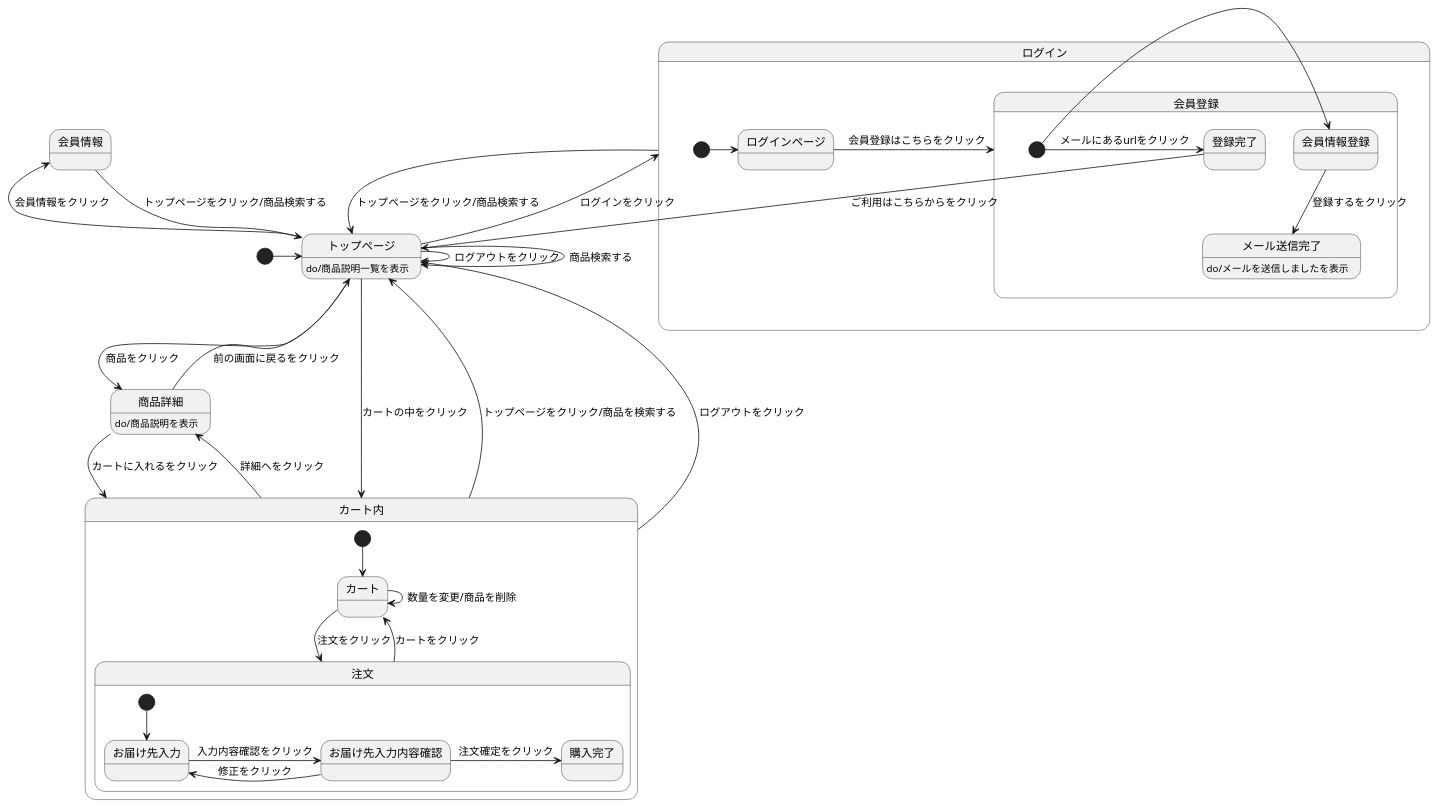
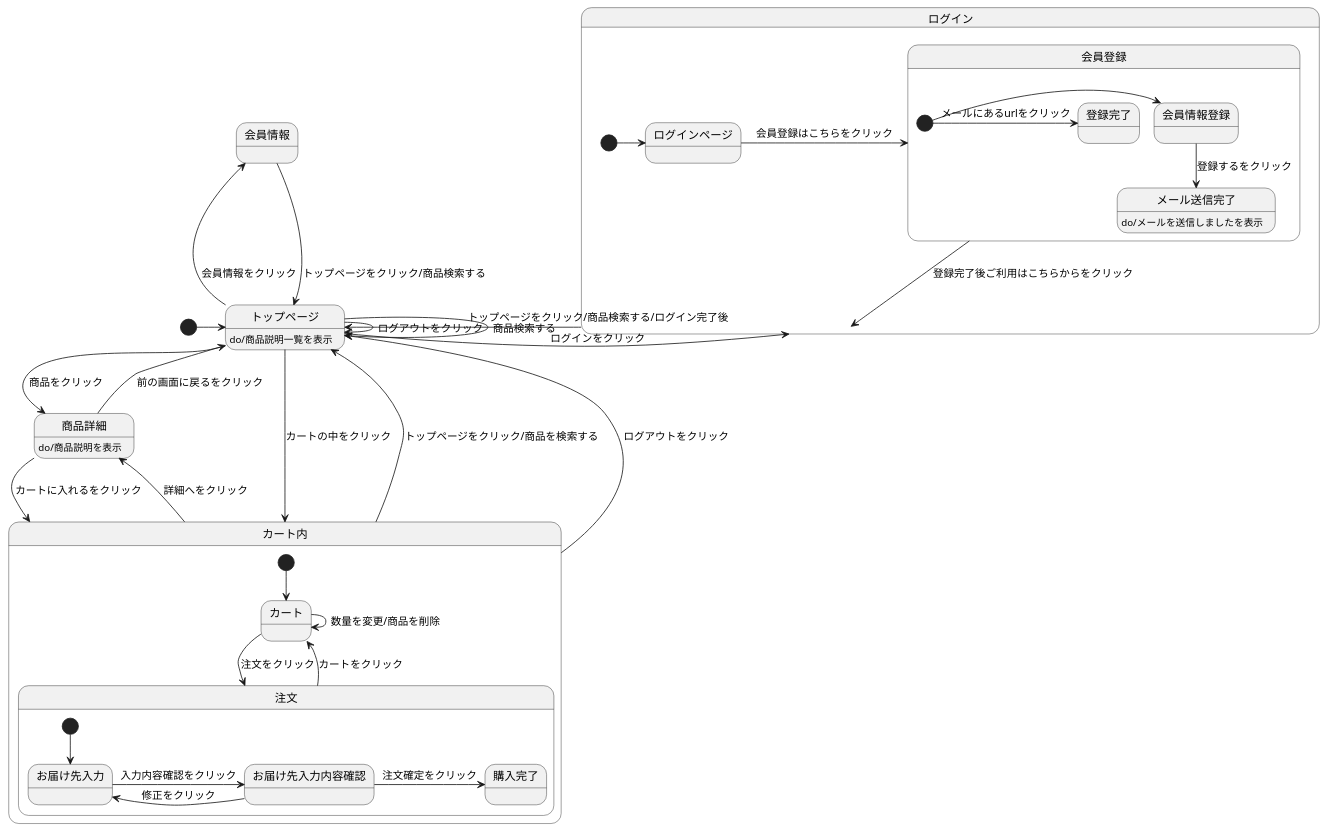
The diagram in original-stm01.md (Aso2001026/2021sys-design), drawn with PlantUML before and after one commit.

````diff
--- a/original-stm01.md
+++ b/original-stm01.md
@@ -2,48 +2,48 @@
 ```uml
 @startuml
 
 [*] -> トップページ
 会員情報 --> トップページ : トップページをクリック/商品検索する
 トップページ -> トップページ : ログアウトをクリック
 トップページ -> トップページ : 商品検索する
 トップページ -> 商品詳細 : 商品をクリック
 トップページ -left-> 会員情報 : 会員情報をクリック
 トップページ -left-> ログイン : ログインをクリック
 トップページ --> カート内 : カートの中をクリック
 トップページ:do/商品説明一覧を表示
 商品詳細 --> カート内 : カートに入れるをクリック
 商品詳細 --> トップページ : 前の画面に戻るをクリック
 商品詳細:do/商品説明を表示
 カート内-up-> トップページ : トップページをクリック/商品を検索する
 カート内 -up-> トップページ : ログアウトをクリック
 カート内 -> 商品詳細 : 詳細へをクリック
 
 state ログイン{
 [*]->ログインページ
 ログインページ -> 会員登録 : 会員登録はこちらをクリック
-ログイン -> トップページ : トップページをクリック/商品検索する
+ログイン -> トップページ : トップページをクリック/商品検索する/ログイン完了後
 
 state 会員登録{
 [*] ->会員情報登録
 会員情報登録 --> メール送信完了 : 登録するをクリック
 メール送信完了 :do/メールを送信しましたを表示
 [*] -> 登録完了 : メールにあるurlをクリック
-登録完了 --> トップページ : ご利用はこちらからをクリック
+会員登録 --> ログイン : 登録完了後ご利用はこちらからをクリック
 }
 }
 
 state カート内{
 [*] --> カート
 カート -> 注文 : 注文をクリック
 カート -> カート : 数量を変更/商品を削除
 注文 --> カート : カートをクリック
  state 注文{
   [*] --> お届け先入力
   お届け先入力 -> お届け先入力内容確認 : 入力内容確認をクリック
   お届け先入力内容確認 -> お届け先入力 : 修正をクリック
   お届け先入力内容確認 -> 購入完了 : 注文確定をクリック
  }
 }
 @enduml
 
 ```
````
